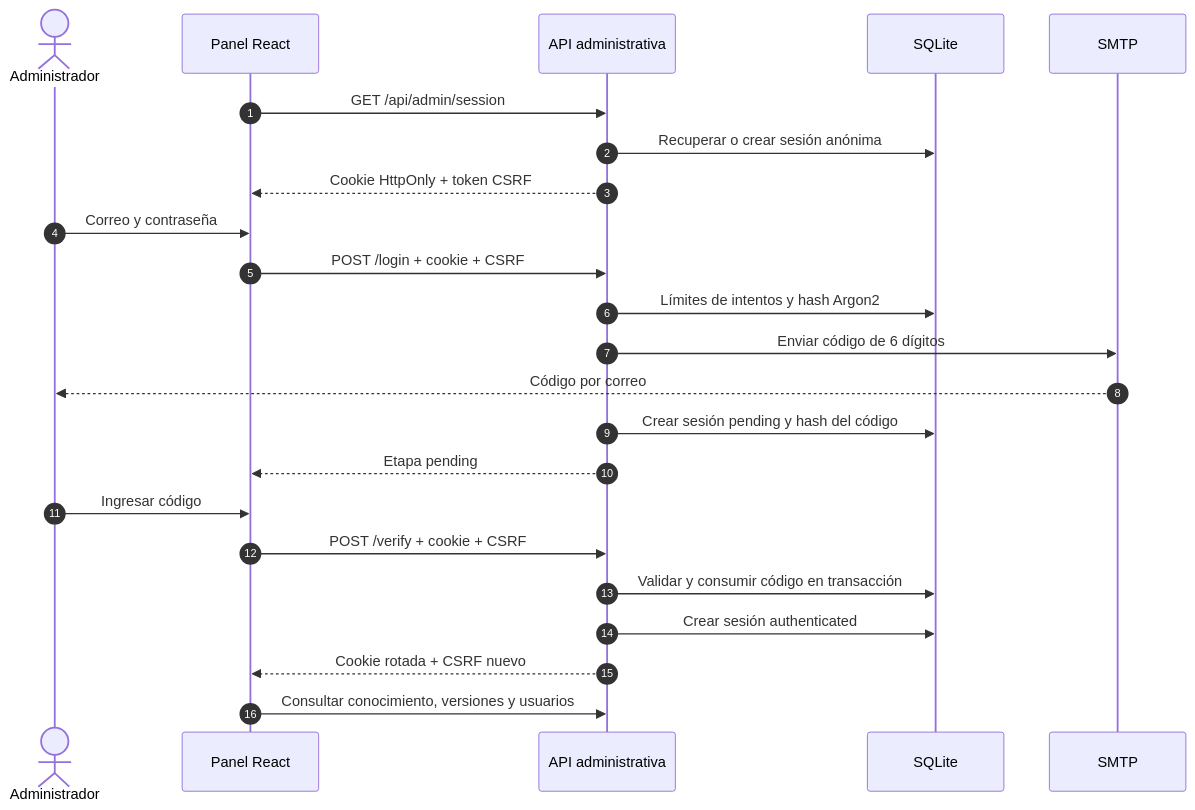
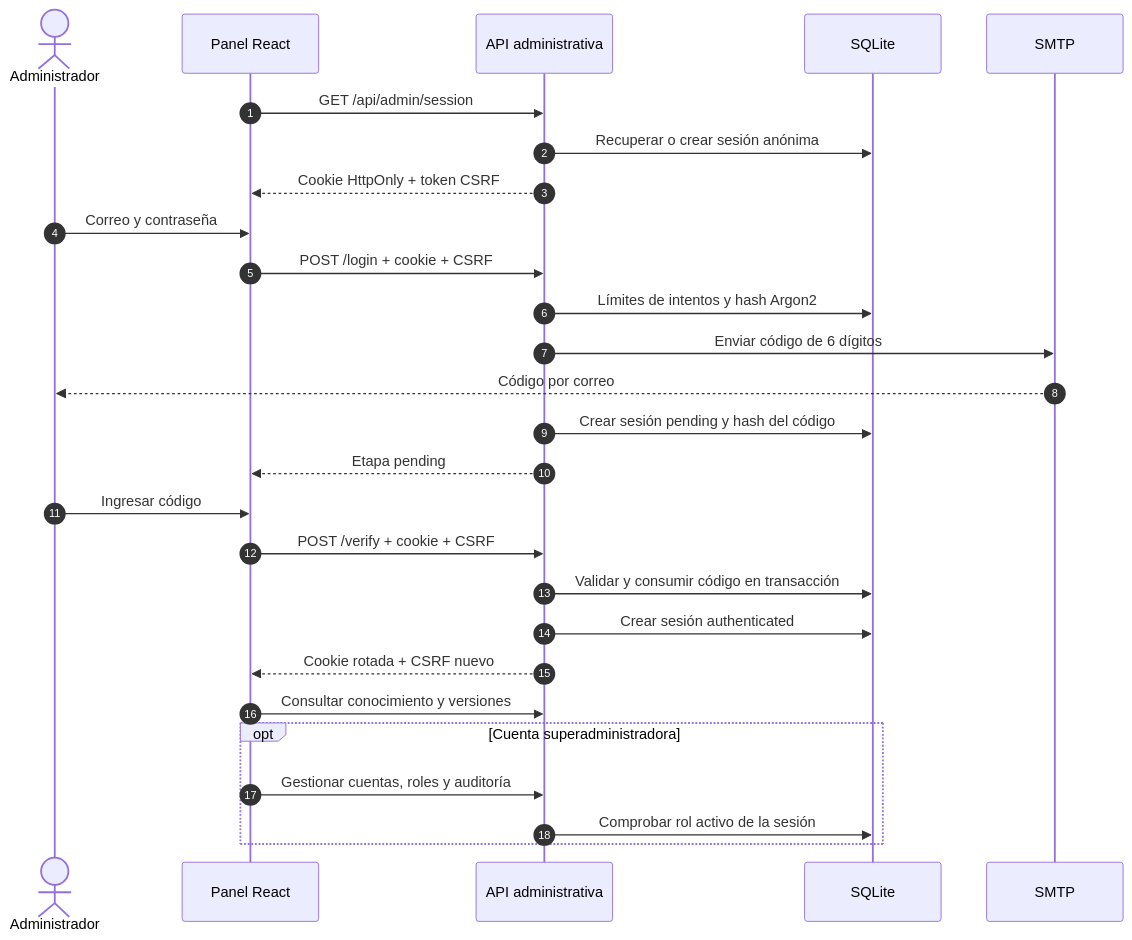
One commit to NebyX1/invest-lavalleja-rag-chat changed the seventh of 9 diagrams in Arquitectura.md. Above: the diagram before and after it, drawn with Mermaid. The commit also changed other lines of this file and 32 other files, not shown here.

````diff
--- a/Arquitectura.md
+++ b/Arquitectura.md
@@ -497,26 +511,30 @@
 ```mermaid
 sequenceDiagram
     autonumber
     actor A as Administrador
     participant UI as Panel React
     participant API as API administrativa
     participant DB as SQLite
     participant M as SMTP
 
     UI->>API: GET /api/admin/session
     API->>DB: Recuperar o crear sesión anónima
     API-->>UI: Cookie HttpOnly + token CSRF
     A->>UI: Correo y contraseña
     UI->>API: POST /login + cookie + CSRF
     API->>DB: Límites de intentos y hash Argon2
     API->>M: Enviar código de 6 dígitos
     M-->>A: Código por correo
     API->>DB: Crear sesión pending y hash del código
     API-->>UI: Etapa pending
     A->>UI: Ingresar código
     UI->>API: POST /verify + cookie + CSRF
     API->>DB: Validar y consumir código en transacción
     API->>DB: Crear sesión authenticated
     API-->>UI: Cookie rotada + CSRF nuevo
-    UI->>API: Consultar conocimiento, versiones y usuarios
+    UI->>API: Consultar conocimiento y versiones
+    opt Cuenta superadministradora
+        UI->>API: Gestionar cuentas, roles y auditoría
+        API->>DB: Comprobar rol activo de la sesión
+    end
 ```
````
